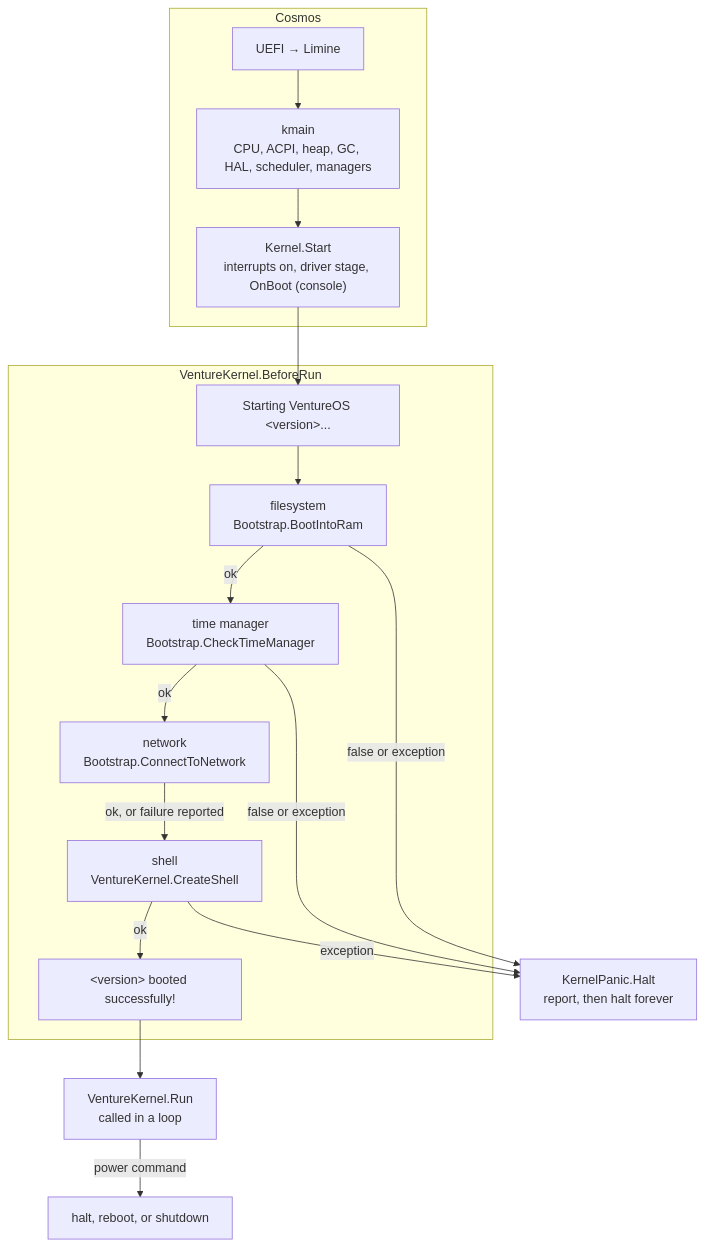
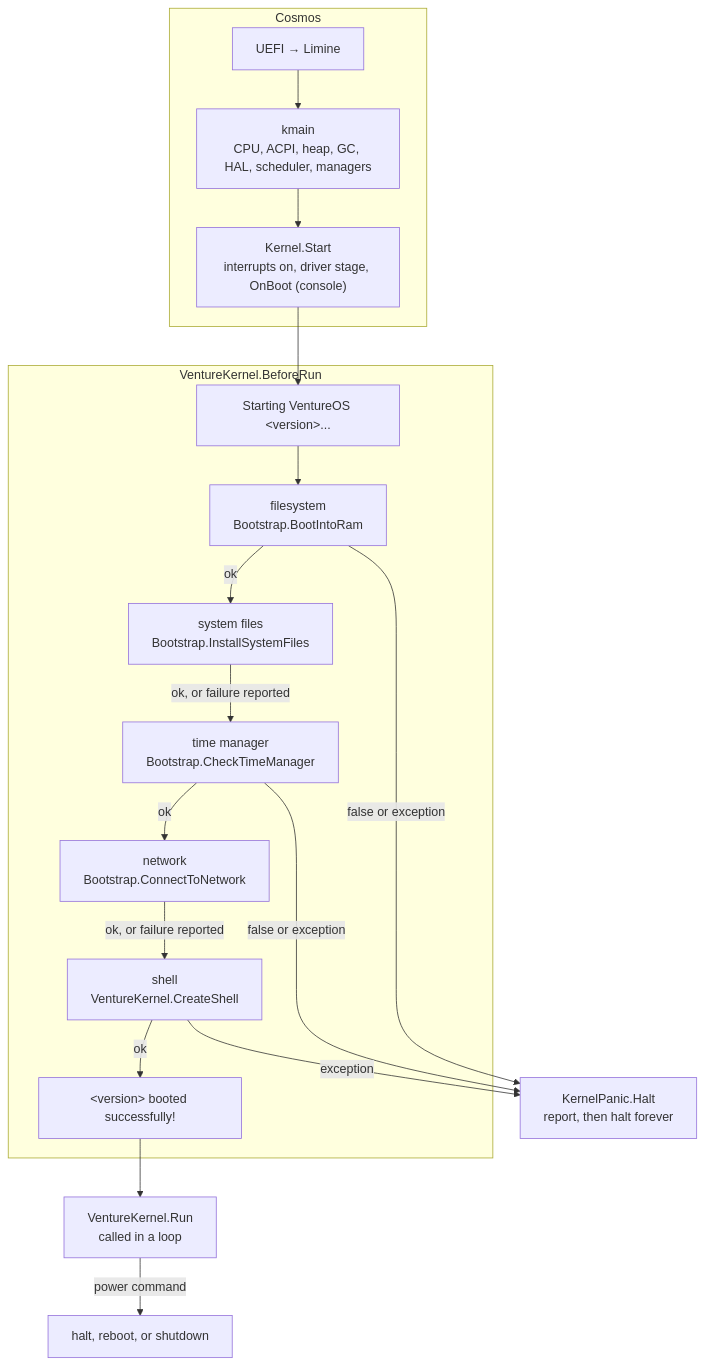
The second of 3 diagrams in docs/architecture.md (tonytins/VentureOS), drawn with Mermaid before and after one commit. The commit also changed other lines of this file and 12 other files, not shown here.

First line of the commit message:
Install Lua system files to /mnt/system at boot (Illini phase 1)

````diff
--- a/docs/architecture.md
+++ b/docs/architecture.md
@@ -216,34 +225,36 @@
 ```mermaid
 flowchart TD
     subgraph Cosmos
         Firmware["UEFI → Limine"]
         Kmain["kmain<br/>CPU, ACPI, heap, GC, HAL, scheduler, managers"]
         Start["Kernel.Start<br/>interrupts on, driver stage, OnBoot (console)"]
         Firmware --> Kmain --> Start
     end
 
     subgraph BeforeRun["VentureKernel.BeforeRun"]
         Version["Starting VentureOS &lt;version&gt;..."]
         Fs["filesystem<br/>Bootstrap.BootIntoRam"]
+        SysFiles["system files<br/>Bootstrap.InstallSystemFiles"]
         Timer["time manager<br/>Bootstrap.CheckTimeManager"]
         Net["network<br/>Bootstrap.ConnectToNetwork"]
         ShellStep["shell<br/>VentureKernel.CreateShell"]
         Banner["&lt;version&gt; booted successfully!"]
         Version --> Fs
-        Fs -- ok --> Timer
+        Fs -- ok --> SysFiles
+        SysFiles -- "ok, or failure reported" --> Timer
         Timer -- ok --> Net
         Net -- "ok, or failure reported" --> ShellStep
         ShellStep -- ok --> Banner
     end
 
     Panic["KernelPanic.Halt<br/>report, then halt forever"]
     Run["VentureKernel.Run<br/>called in a loop"]
     Halt["halt, reboot, or shutdown"]
 
     Start --> Version
     Fs -- "false or exception" --> Panic
     Timer -- "false or exception" --> Panic
     ShellStep -- exception --> Panic
     Banner --> Run
     Run -- "power command" --> Halt
 ```
````
